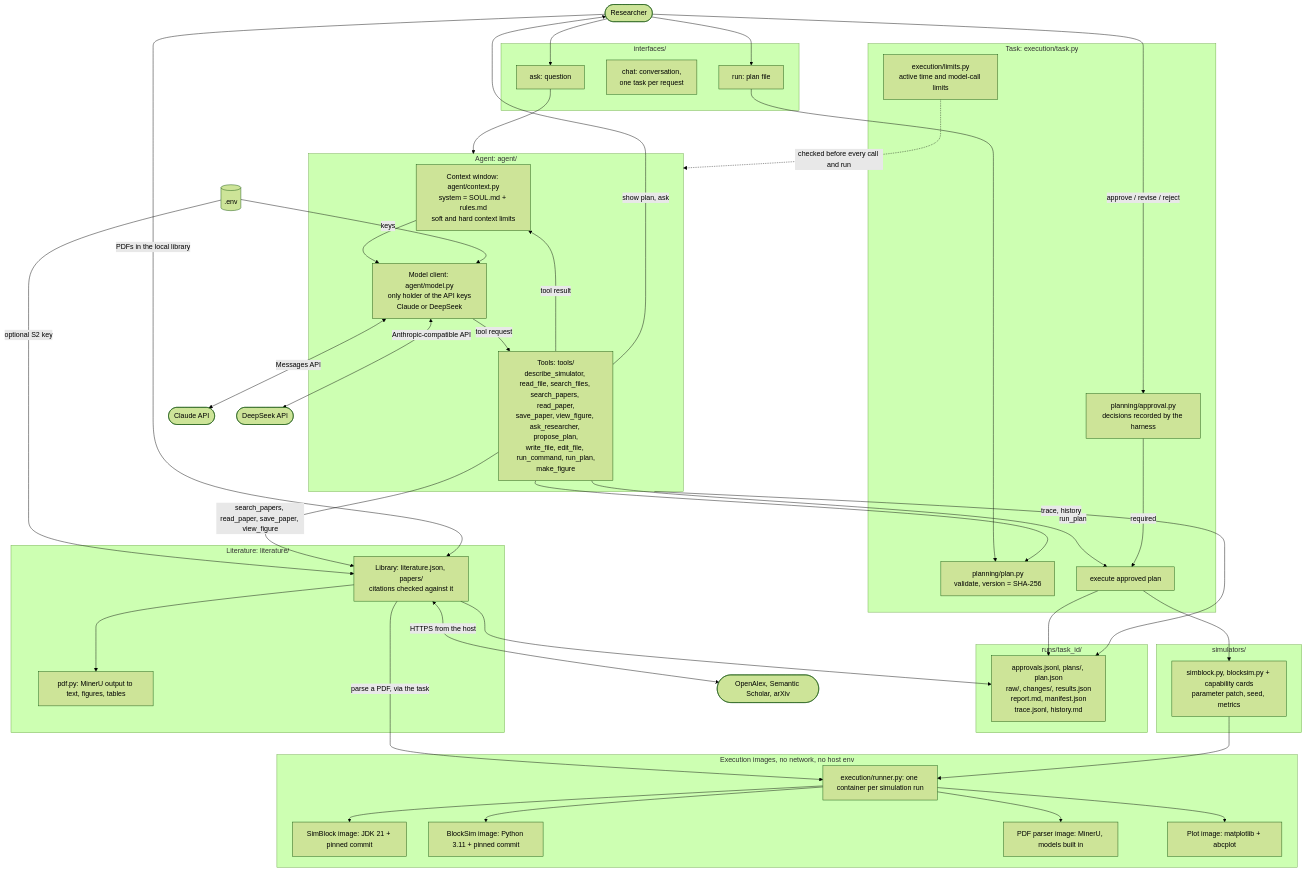
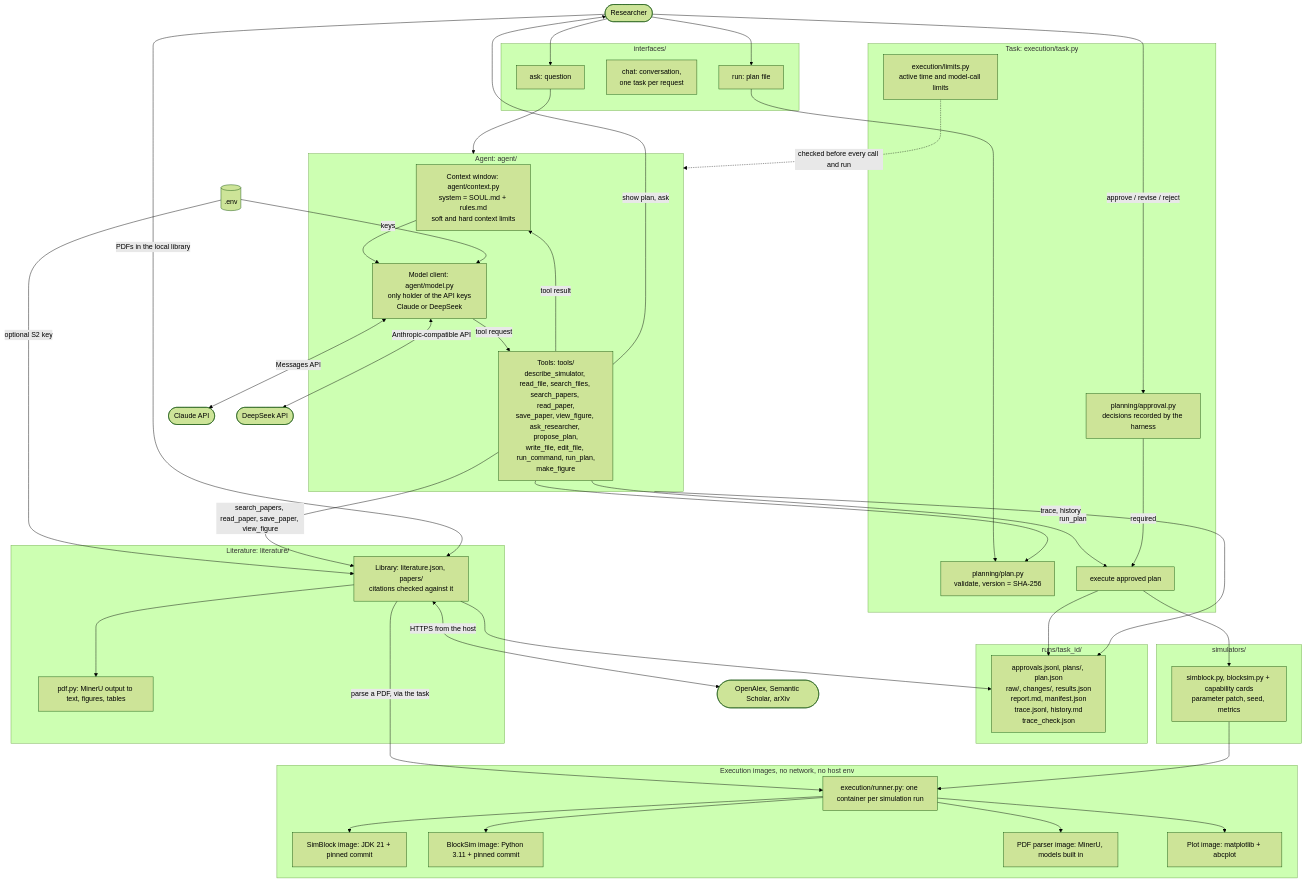
One commit to teiyou416/abc-harness changed the diagram in docs/architecture.md. Above: the diagram before and after it, drawn with Mermaid (forest theme). The commit also changed other lines of this file and 5 other files, not shown here.

First line of the commit message:
Run trace check automatically when a task that executed a plan ends

````diff
--- a/docs/architecture.md
+++ b/docs/architecture.md
@@ -8,71 +8,71 @@
 ```mermaid
 flowchart TB
     R(["Researcher"])
 
     subgraph CLI["interfaces/"]
         ASK["ask: question"]
         CHAT["chat: conversation,<br/>one task per request"]
         RUN["run: plan file"]
     end
 
     subgraph LOOP["Agent: agent/"]
         CTX["Context window: agent/context.py<br/>system = SOUL.md + rules.md<br/>soft and hard context limits"]
         LLM["Model client: agent/model.py<br/>only holder of the API keys<br/>Claude or DeepSeek"]
         TOOLS["Tools: tools/<br/>describe_simulator, read_file, search_files, search_papers, read_paper,<br/>save_paper, view_figure, ask_researcher, propose_plan,<br/>write_file, edit_file, run_command, run_plan,<br/>make_figure"]
         CTX --> LLM -->|tool request| TOOLS -->|tool result| CTX
     end
 
     subgraph TASK["Task: execution/task.py"]
         PLAN["planning/plan.py<br/>validate, version = SHA-256"]
         APPROVAL["planning/approval.py<br/>decisions recorded by the harness"]
         LIMITS["execution/limits.py<br/>active time and model-call limits"]
         EXEC["execute approved plan"]
     end
 
     subgraph SIM["simulators/"]
         ADAPTER["simblock.py, blocksim.py + capability cards<br/>parameter patch, seed, metrics"]
     end
 
     subgraph DOCKER["Execution images, no network, no host env"]
         RUNNER["execution/runner.py: one container per simulation run"]
         SIMBLOCK["SimBlock image: JDK 21 + pinned commit"]
         BLOCKSIM["BlockSim image: Python 3.11 + pinned commit"]
         PDFIMG["PDF parser image: MinerU, models built in"]
         PLOTIMG["Plot image: matplotlib + abcplot"]
         RUNNER --> SIMBLOCK
         RUNNER --> BLOCKSIM
         RUNNER --> PDFIMG
         RUNNER --> PLOTIMG
     end
 
     subgraph ART["runs/task_id/"]
-        FILES["approvals.jsonl, plans/, plan.json<br/>raw/, changes/, results.json<br/>report.md, manifest.json<br/>trace.jsonl, history.md"]
+        FILES["approvals.jsonl, plans/, plan.json<br/>raw/, changes/, results.json<br/>report.md, manifest.json<br/>trace.jsonl, history.md<br/>trace_check.json"]
     end
 
     subgraph LIT["Literature: literature/"]
         LIB["Library: literature.json, papers/<br/>citations checked against it"]
         PDF["pdf.py: MinerU output to text, figures, tables"]
         LIB --> PDF
     end
 
     ENV[(".env")] -->|keys| LLM
     ENV -->|optional S2 key| LIB
     TOOLS -->|search_papers, read_paper, save_paper, view_figure| LIB
     LIB <-->|HTTPS from the host| ACADEMIC(["OpenAlex, Semantic Scholar, arXiv"])
     R -->|PDFs in the local library| LIB
     LIB -->|parse a PDF, via the task| RUNNER
     LIB --> FILES
     LLM <-->|Messages API| CLAUDE(["Claude API"])
     LLM <-->|Anthropic-compatible API| DEEPSEEK(["DeepSeek API"])
     R --> ASK --> LOOP
     R --> RUN --> PLAN
     TOOLS --> PLAN
     TOOLS -->|show plan, ask| R
     R -->|approve / revise / reject| APPROVAL
     TOOLS -->|run_plan| EXEC
     APPROVAL -->|required| EXEC
     LIMITS -.->|checked before every call and run| LOOP
     EXEC --> ADAPTER --> RUNNER
     EXEC --> FILES
     LOOP -->|trace, history| FILES
 ```
````
